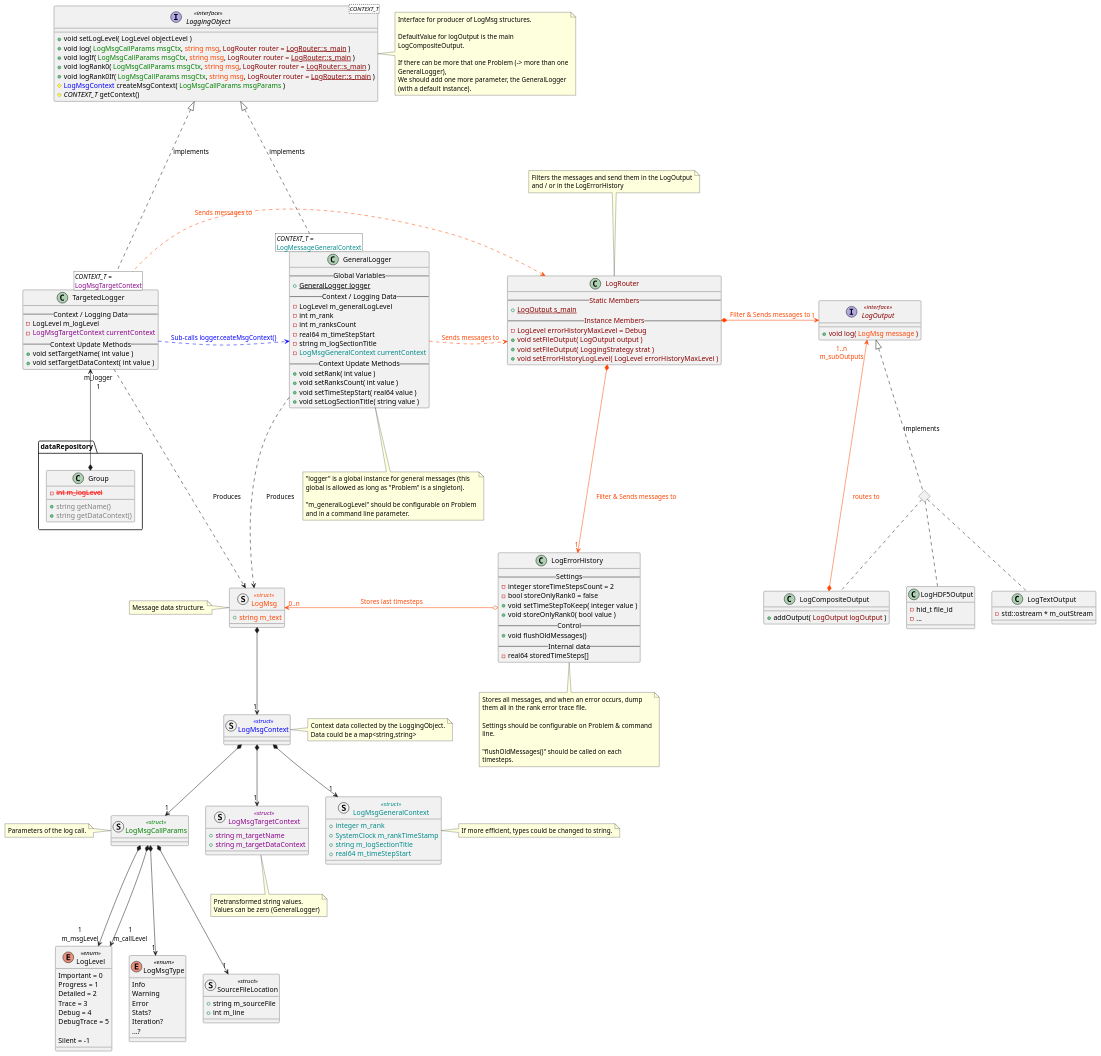
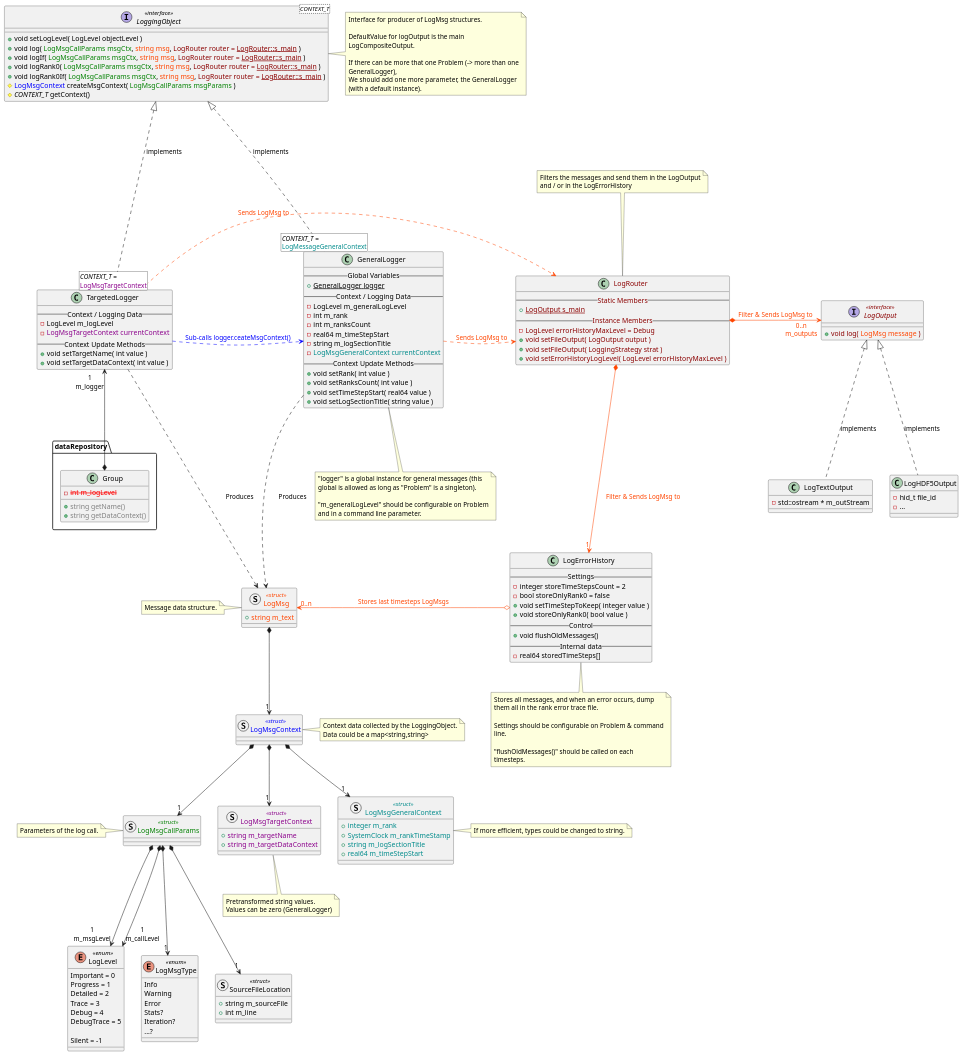
One commit to GEOS-DEV/GEOS changed the diagram in src/coreComponents/common/Logger_templatedLoggingObject.plantuml. Above: the diagram before and after it, drawn with PlantUML.

Commit message:
architecture : removing the LogCompositeOutput as the router can replace it

```diff
--- a/src/coreComponents/common/Logger_templatedLoggingObject.plantuml
+++ b/src/coreComponents/common/Logger_templatedLoggingObject.plantuml
@@ -96,28 +96,17 @@
 interface LogOutput <<interface>> #text:DarkRed {
   + void log( <color:OrangeRed>LogMsg message</color> )
 }
-<> LogOutputImplementations
-LogOutput <|.. LogOutputImplementations : implements
-
-class LogCompositeOutput {
-  + addOutput( <color:DarkRed>LogOutput logOutput</color> )
-}
-LogOutputImplementations .. LogCompositeOutput
-LogCompositeOutput *---> "1..n\nm_subOutputs" LogOutput #OrangeRed;text:OrangeRed : routes to
 
 class LogHDF5Output {
   - hid_t file_id
   - ...
 }
-LogOutputImplementations .. LogHDF5Output
+LogOutput <|.d. LogHDF5Output  : implements
 
 class LogTextOutput {
   - std::ostream * m_outStream
 }
-LogOutputImplementations .. LogTextOutput
-
-LogTextOutput .l[hidden].. LogHDF5Output
-LogHDF5Output .l[hidden].. LogCompositeOutput
+LogOutput <|.d. LogTextOutput  : implements
 
 
 class LogErrorHistory {
@@ -139,7 +128,7 @@
   "flushOldMessages()" should be called on each timesteps.
 end note
 LogErrorHistory .. LogErrorHistoryNote
-LogErrorHistory o--l--> "0..n" LogMsg #OrangeRed;text:OrangeRed : Stores last timesteps
+LogErrorHistory o--l--> "0..n" LogMsg #OrangeRed;text:OrangeRed : Stores last timesteps LogMsgs
 
 
 class LogRouter #text:DarkRed {
@@ -152,8 +141,8 @@
   + void setErrorHistoryLogLevel( LogLevel errorHistoryMaxLevel )
 }
 note top: Filters the messages and send them in the LogOutput and / or in the LogErrorHistory
-LogRouter *-d-> "1" LogErrorHistory #OrangeRed;text:OrangeRed : "Filter & Sends messages to"
-LogRouter *-r-> "1" LogOutput #OrangeRed;text:OrangeRed : "Filter & Sends messages to"
+LogRouter *-r-> "0..n\nm_outputs" LogOutput #OrangeRed;text:OrangeRed : "Filter & Sends LogMsg to"
+LogRouter *-d-> "1" LogErrorHistory #OrangeRed;text:OrangeRed : "Filter & Sends LogMsg to"
 
 
 ' --------------------------
@@ -171,7 +160,6 @@
   # <i>CONTEXT_T</i> getContext()
 }
 note right: Interface for producer of LogMsg structures.\n\nDefaultValue for logOutput is the main LogCompositeOutput.\n\nIf there can be more that one Problem (-> more than one GeneralLogger),\nWe should add one more parameter, the GeneralLogger (with a default instance).
-
 
 
 class GeneralLogger {
@@ -198,7 +186,7 @@
 GeneralLogger .d. GeneralLoggerNote
 GeneralLogger [<i>CONTEXT_T</i> =\n<color:DarkCyan>LogMessageGeneralContext</color>] ..u..|> LoggingObject : implements
 GeneralLogger .d..> LogMsg : Produces
-GeneralLogger ..r..> LogRouter #OrangeRed;text:OrangeRed : "Sends messages to"
+GeneralLogger .r..> LogRouter #OrangeRed;text:OrangeRed : "Sends LogMsg to"
 
 
 class TargetedLogger {
@@ -217,10 +205,9 @@
   }
 }
 TargetedLogger [<i>CONTEXT_T</i> =\n<color:DarkMagenta>LogMsgTargetContext</color>] ..u..|> LoggingObject : implements
-Group *-u-> "m_logger\n1" TargetedLogger
-
-TargetedLogger ..r..> LogRouter #OrangeRed;text:OrangeRed : "Sends messages to"
-TargetedLogger ..r..> GeneralLogger #Blue;text:Blue : "Sub-calls logger.ceateMsgContext()"
+TargetedLogger "1\nm_logger" <-d-* Group
+TargetedLogger .r..> LogRouter #OrangeRed;text:OrangeRed : "Sends LogMsg to"
+TargetedLogger .r..> GeneralLogger #Blue;text:Blue : "Sub-calls logger.ceateMsgContext()"
 TargetedLogger .d..> LogMsg : Produces
 
 
```
